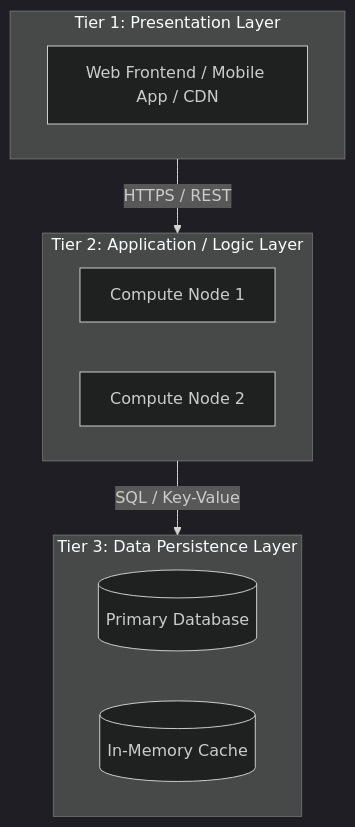
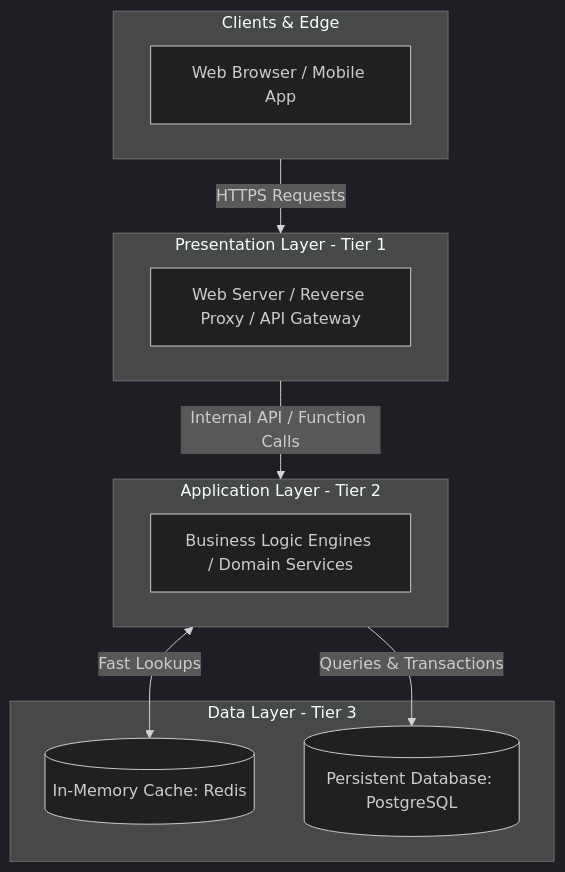
One commit to Sujalkathait/high-level-design changed the diagram in 02-architecture/n-tier.md. Above: the diagram before and after it, drawn with Mermaid (dark theme). The commit also changed other lines of this file and 41 other files, not shown here.

````diff
--- a/02-architecture/n-tier.md
+++ b/02-architecture/n-tier.md
@@ -20,19 +16,24 @@
 ```mermaid
 flowchart TD
-    subgraph PresentationTier [Tier 1: Presentation Layer]
-        UI[Web Frontend / Mobile App / CDN]
+    subgraph ClientDevices [Clients & Edge]
+        Browser[Web Browser / Mobile App]
     end
 
-    subgraph AppTier [Tier 2: Application / Logic Layer]
-        App1[Compute Node 1]
-        App2[Compute Node 2]
+    subgraph PresentationTier [Presentation Layer - Tier 1]
+        WebUI[Web Server / Reverse Proxy / API Gateway]
     end
 
-    subgraph DataTier [Tier 3: Data Persistence Layer]
-        DB[(Primary Database)]
-        Cache[(In-Memory Cache)]
+    subgraph AppTier [Application Layer - Tier 2]
+        BizLogic[Business Logic Engines / Domain Services]
     end
 
-    PresentationTier -->|HTTPS / REST| AppTier
-    AppTier -->|SQL / Key-Value| DataTier
+    subgraph DataTier [Data Layer - Tier 3]
+        Cache[(In-Memory Cache: Redis)]
+        DB[(Persistent Database: PostgreSQL)]
+    end
+
+    ClientDevices -->|HTTPS Requests| PresentationTier
+    PresentationTier -->|Internal API / Function Calls| AppTier
+    AppTier <-->|Fast Lookups| Cache
+    AppTier -->|Queries & Transactions| DB
 ```
````
